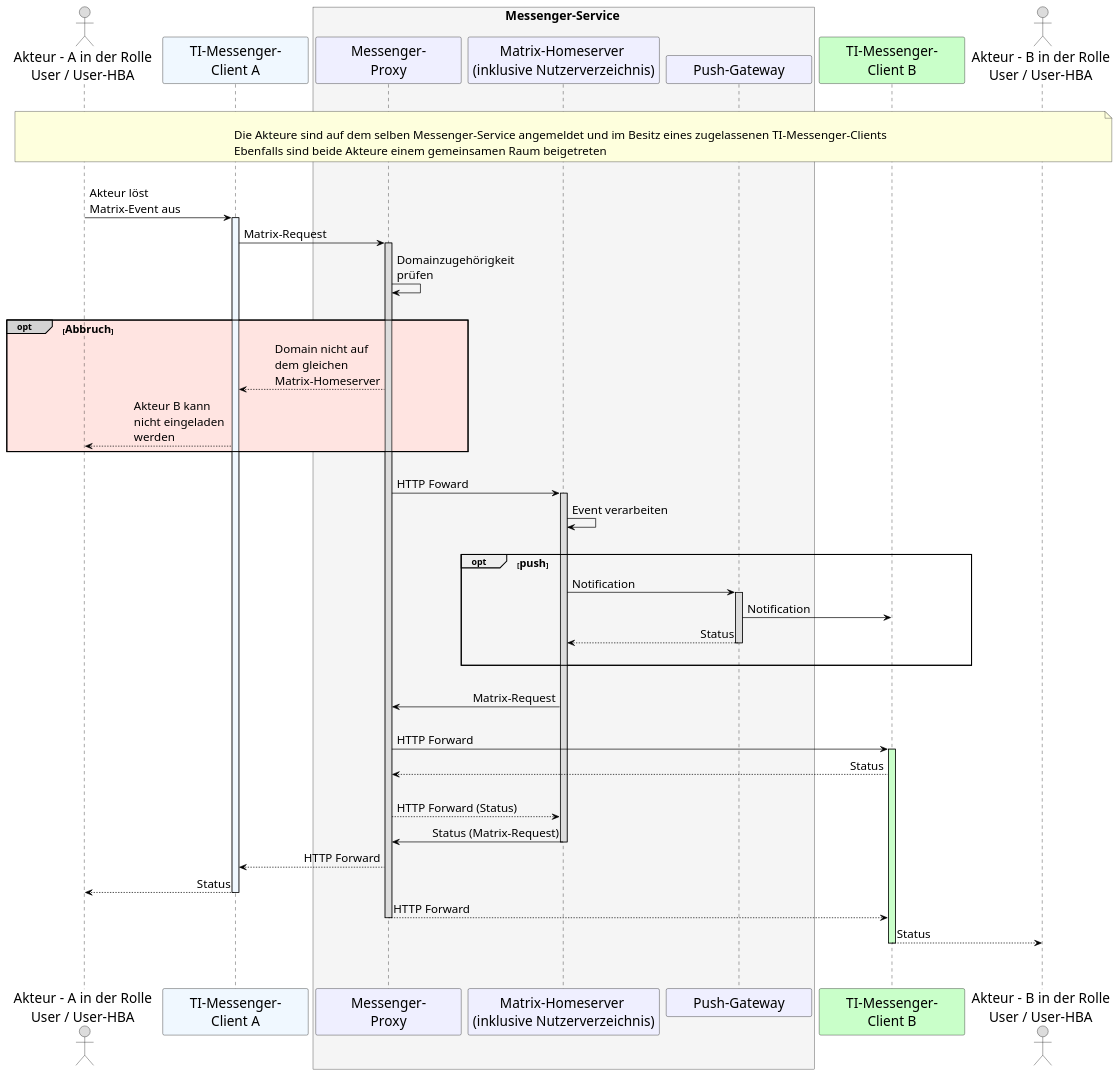
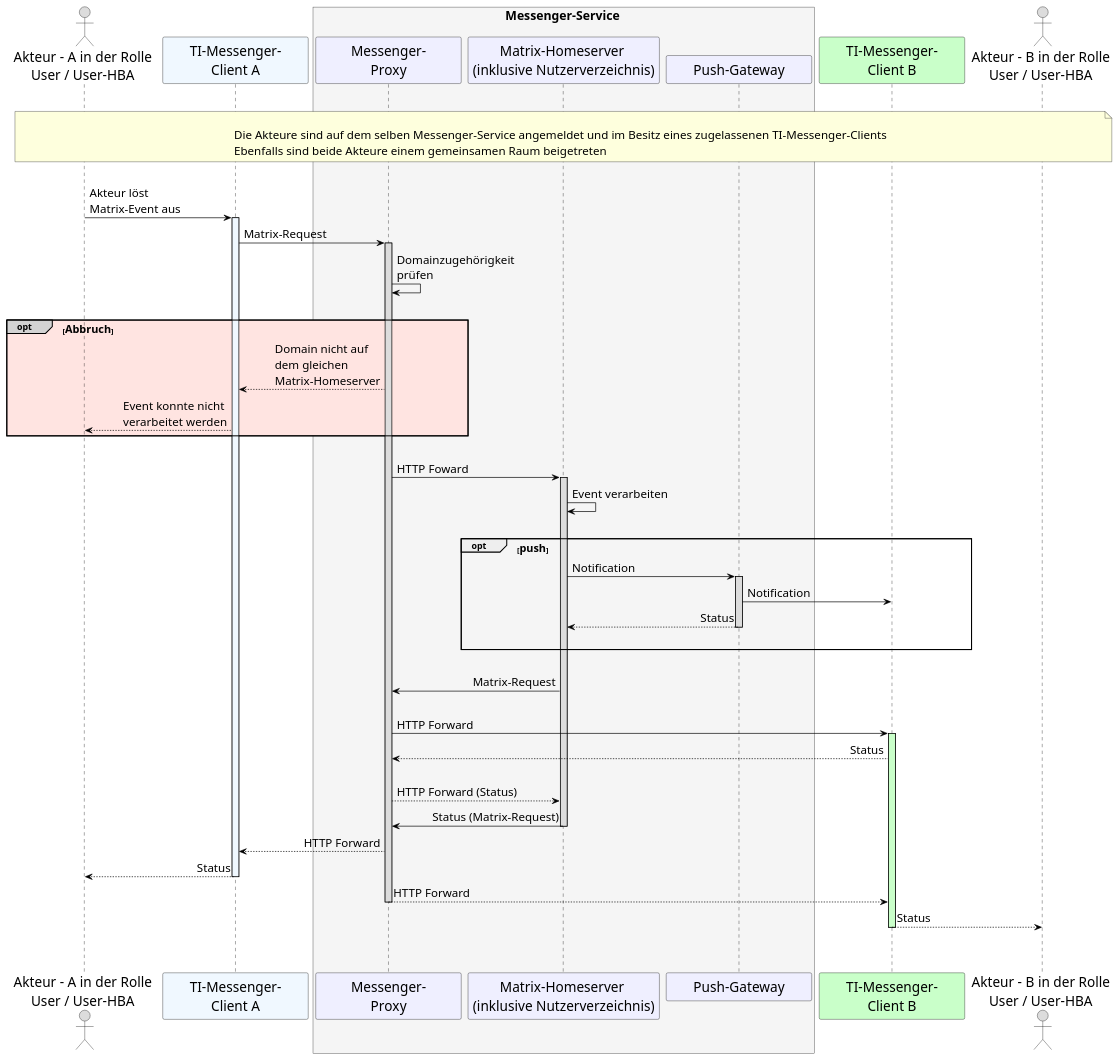
One commit to gematik/api-ti-messenger changed the diagram in src/plantuml/TI-Messenger-Dienst/Ressourcen/UC_10063_Seq.puml. Above: the diagram before and after it, drawn with PlantUML.

```diff
--- a/src/plantuml/TI-Messenger-Dienst/Ressourcen/UC_10063_Seq.puml
+++ b/src/plantuml/TI-Messenger-Dienst/Ressourcen/UC_10063_Seq.puml
@@ -9,88 +9,88 @@
 @startuml
 skinparam sequenceMessageAlign direction
 skinparam minClassWidth 200
 skinparam BoxPadding 1
 skinparam sequenceReferenceHeaderBackgroundColor palegreen
 scale max 2048 width
 
 skinparam sequence {
 ArrowColor black
 ArrowFontSize 17
 ActorBorderColor black
 LifeLineBorderColor black
 LifeLineBackgroundColor Gainsboro
 
 ParticipantBorderColor Motivation
 ParticipantBackgroundColor Motivation
 ParticipantFontName Impact
 ParticipantFontSize 20
 ParticipantFontColor black
 ParticipantBorderColor Black
 ParticipantBackgroundColor MOTIVATION
 
 ActorBackgroundColor Gainsboro
 ActorFontColor black
 ActorFontSize 20
 ActorFontName Aapex
 }
     actor U1 as "Akteur - A in der Rolle\nUser / User-HBA"
     participant C1 as "TI-Messenger-\nClient A" #AliceBlue
     box <size:18>Messenger-Service</size> #WhiteSmoke
       participant MP as "Messenger-\nProxy"
       participant MH as "Matrix-Homeserver \n(inklusive Nutzerverzeichnis)"
       participant PG as "Push-Gateway"
     end box
     participant C2 as "TI-Messenger-\nClient B"#TECHNOLOGY
     actor U2 as "Akteur - B in der Rolle\nUser / User-HBA"
     
 |||
 note over U1, U2: \n<size:17>Die Akteure sind auf dem selben Messenger-Service angemeldet und im Besitz eines zugelassenen TI-Messenger-Clients</size>\n<size:17>Ebenfalls sind beide Akteure einem gemeinsamen Raum beigetreten</size>
 |||
 
     U1->C1: Akteur löst \nMatrix-Event aus
       activate C1 #AliceBlue
     C1->MP: Matrix-Request
       activate MP
     MP->MP: Domainzugehörigkeit \nprüfen
     
     |||
     opt#LightGrey #MistyRose <size:16>Abbruch</size>
       MP-->C1: Domain nicht auf \ndem gleichen \nMatrix-Homeserver
-      C1-->U1: Akteur B kann \nnicht eingeladen \nwerden
+      C1-->U1: Event konnte nicht \nverarbeitet werden
     end
     
     |||
     MP->MH: HTTP Foward
       activate MH
     MH->MH: Event verarbeiten
     
     |||
     opt <size:16>push</size>
     MH->PG: Notification
       activate PG
     PG->C2: Notification
     PG-->MH: Status
       deactivate PG
     |||
     end
     
     |||
     MH->MP: Matrix-Request
     |||
     MP->C2: HTTP Forward
       activate C2 #TECHNOLOGY
     C2-->MP: Status
     |||
     MP-->MH: HTTP Forward (Status)
     MH->MP: Status (Matrix-Request)
       deactivate MH
     MP-->C1: HTTP Forward
     C1-->U1: Status
       deactivate C1
     MP-->C2: HTTP Forward
       deactivate MP
     C2-->U2: Status
     deactivate C2
   |||
 |||
 @enduml
```
